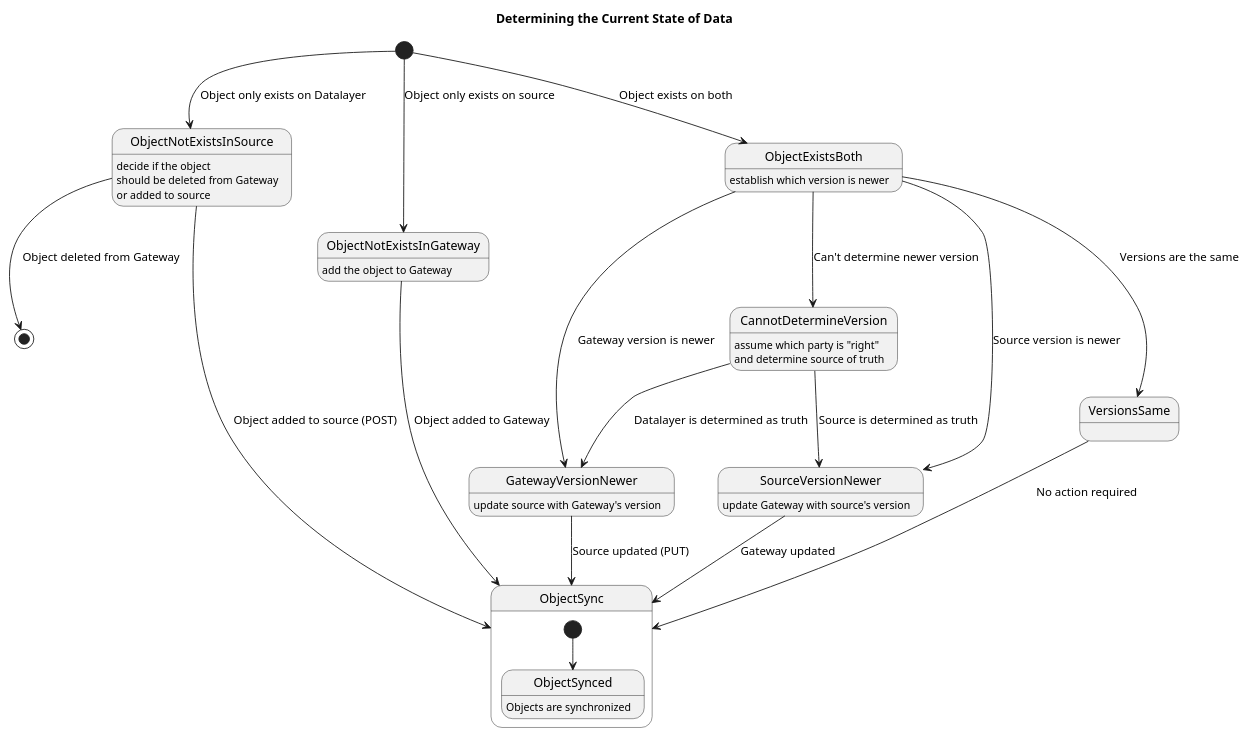
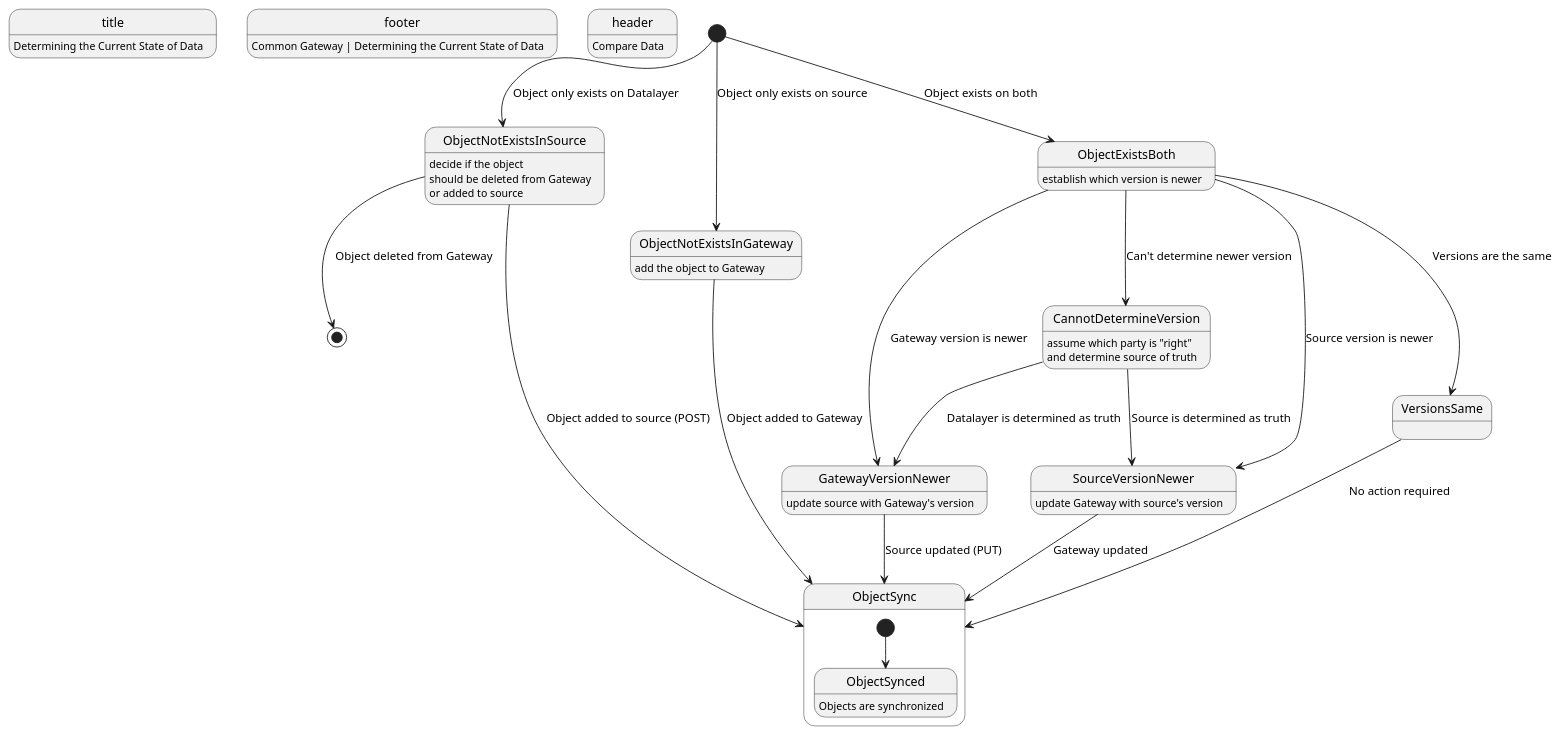
The diagram in docs/features/synchronization.puml (CommonGateway/CoreBundle), drawn with PlantUML before and after one commit. The commit also changed 3 other files, not shown here.

```diff
--- a/docs/features/synchronization.puml
+++ b/docs/features/synchronization.puml
@@ -1,49 +1,54 @@
 @startuml
-title Determining the Current State of Data
+title: Determining the Current State of Data
+footer: Common Gateway | Determining the Current State of Data
+header: Compare Data
+
+skinparam backgroundColor transparent
+
 
 [*] --> ObjectNotExistsInSource : Object only exists on Datalayer
 
 ObjectNotExistsInSource : decide if the object\nshould be deleted from Gateway\nor added to source
 
 ObjectNotExistsInSource --> ObjectSync : Object added to source (POST)
 
 ObjectNotExistsInSource --> [*] : Object deleted from Gateway
 
 [*] --> ObjectNotExistsInGateway : Object only exists on source
 
 ObjectNotExistsInGateway : add the object to Gateway
 
 ObjectNotExistsInGateway --> ObjectSync : Object added to Gateway
 
 [*] --> ObjectExistsBoth : Object exists on both
 
 ObjectExistsBoth : establish which version is newer
 
 ObjectExistsBoth --> GatewayVersionNewer : Gateway version is newer
 
 GatewayVersionNewer : update source with Gateway's version
 
 GatewayVersionNewer --> ObjectSync : Source updated (PUT)
 
 ObjectExistsBoth --> SourceVersionNewer : Source version is newer
 
 SourceVersionNewer : update Gateway with source's version
 
 SourceVersionNewer --> ObjectSync : Gateway updated
 
 ObjectExistsBoth --> VersionsSame : Versions are the same
 
 VersionsSame --> ObjectSync : No action required
 
 ObjectExistsBoth --> CannotDetermineVersion : Can't determine newer version
 
 CannotDetermineVersion : assume which party is "right"\nand determine source of truth
 
 CannotDetermineVersion --> GatewayVersionNewer: Datalayer is determined as truth
 CannotDetermineVersion --> SourceVersionNewer : Source is determined as truth
 
 state ObjectSync {
   [*] --> ObjectSynced
   ObjectSynced : Objects are synchronized
 }
 @enduml
```
